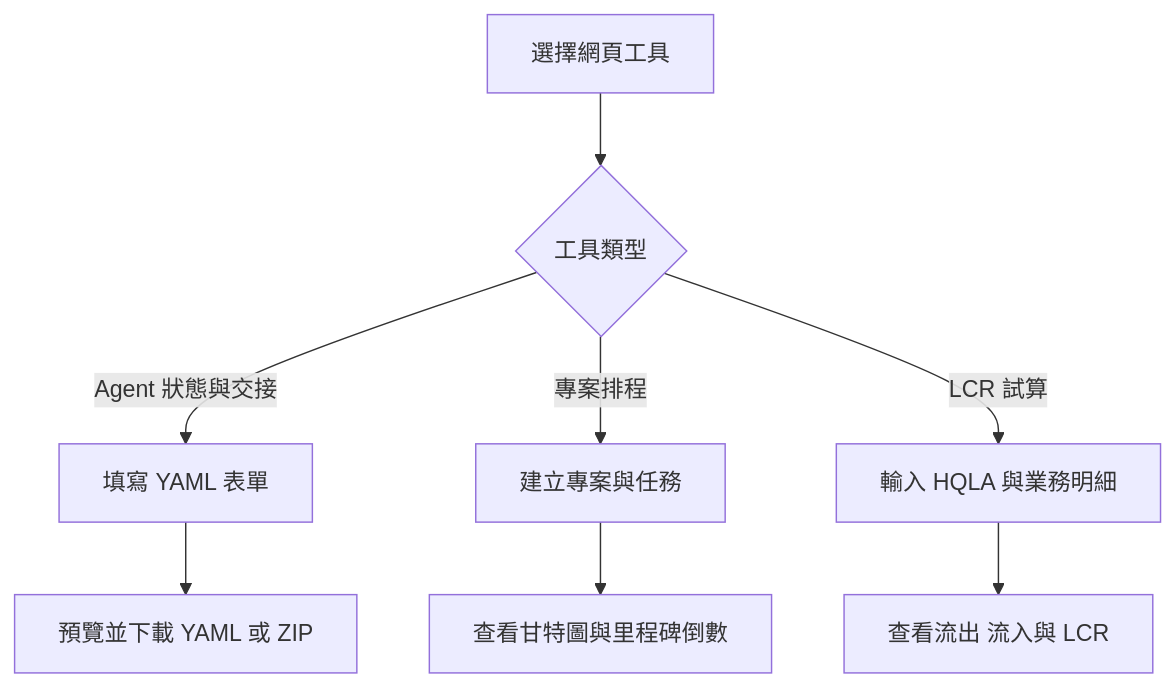
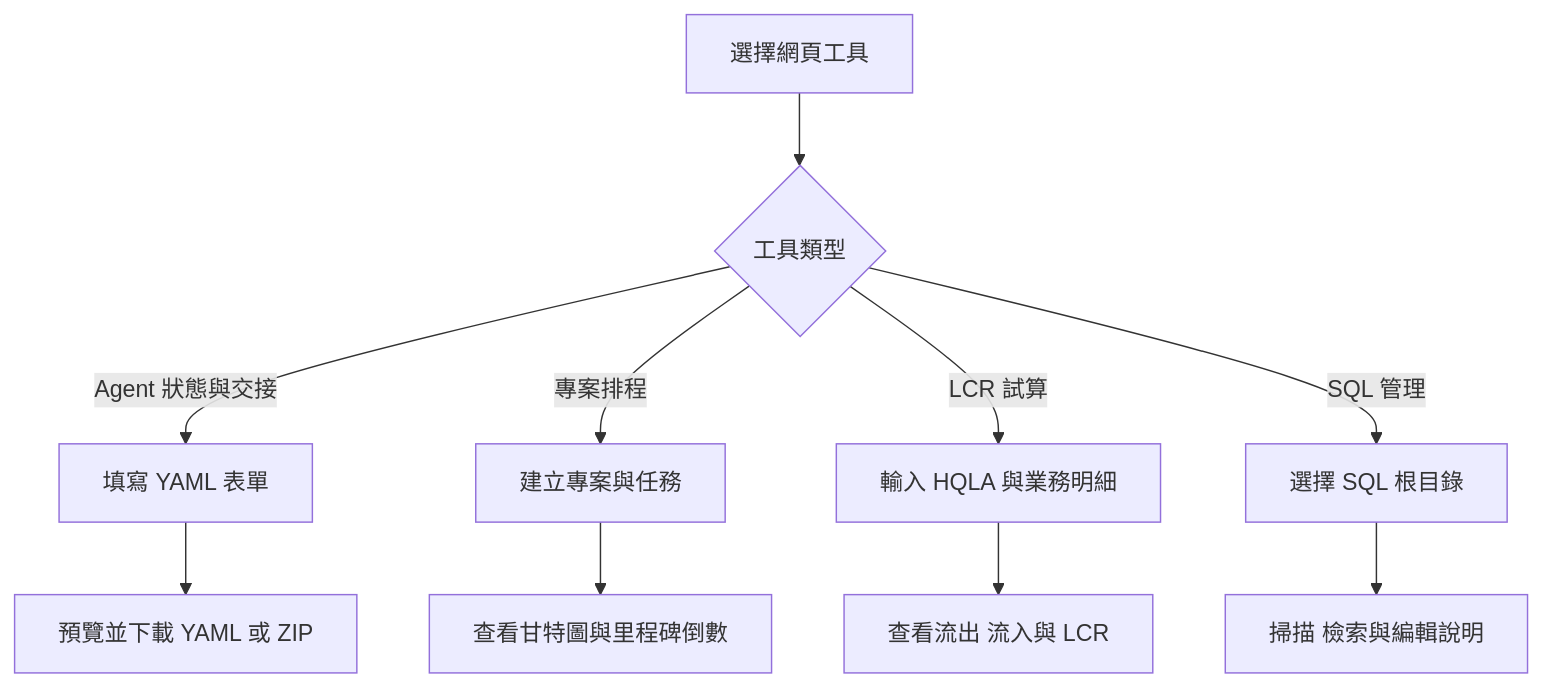
One commit to DunkLiao/my-spa-tools changed the first of 5 diagrams in README.md. Above: the diagram before and after it, drawn with Mermaid. The commit also changed other lines of this file and 1 other file, not shown here.

Commit message:
Add SQL Catalog tool and update README

````diff
--- a/README.md
+++ b/README.md
@@ -36,10 +38,12 @@
 ```mermaid
 flowchart TD
     A[選擇網頁工具] --> B{工具類型}
     B -->|Agent 狀態與交接| C[填寫 YAML 表單]
     B -->|專案排程| D[建立專案與任務]
     B -->|LCR 試算| E[輸入 HQLA 與業務明細]
+    B -->|SQL 管理| I[選擇 SQL 根目錄]
     C --> F[預覽並下載 YAML 或 ZIP]
     D --> G[查看甘特圖與里程碑倒數]
     E --> H[查看流出 流入與 LCR]
+    I --> J[掃描 檢索與編輯說明]
 ```
````
